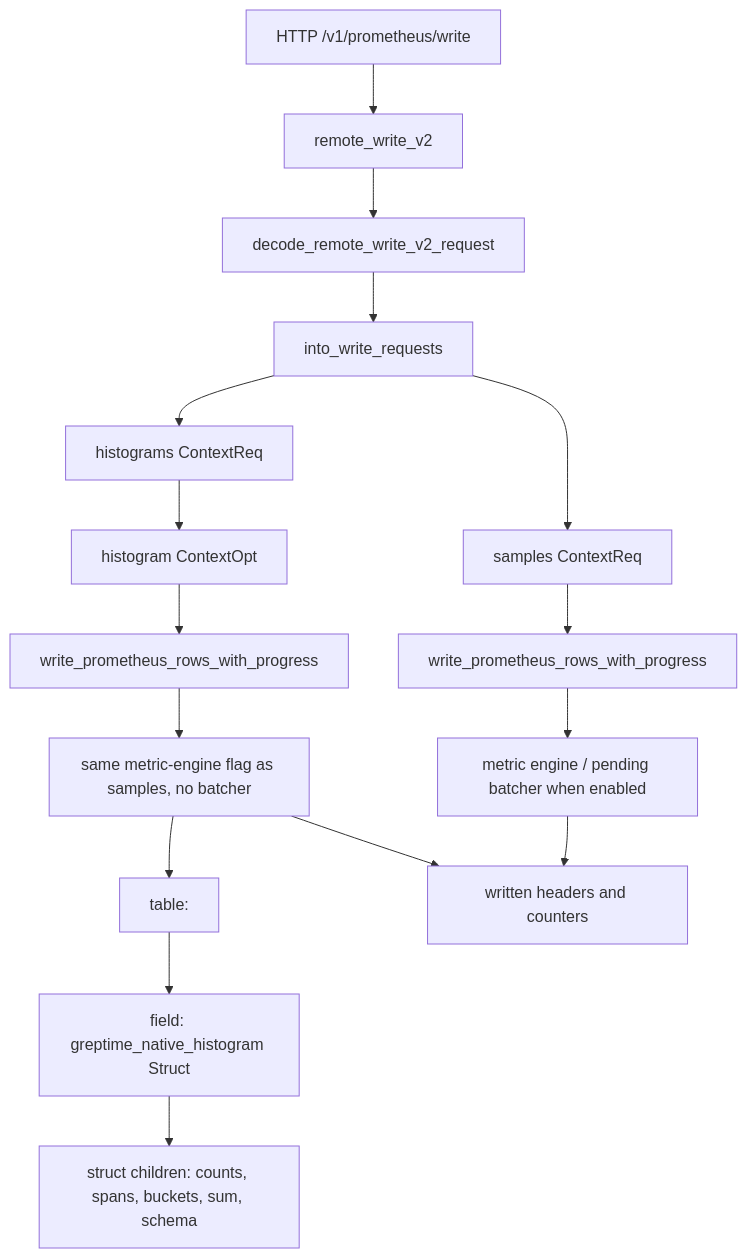
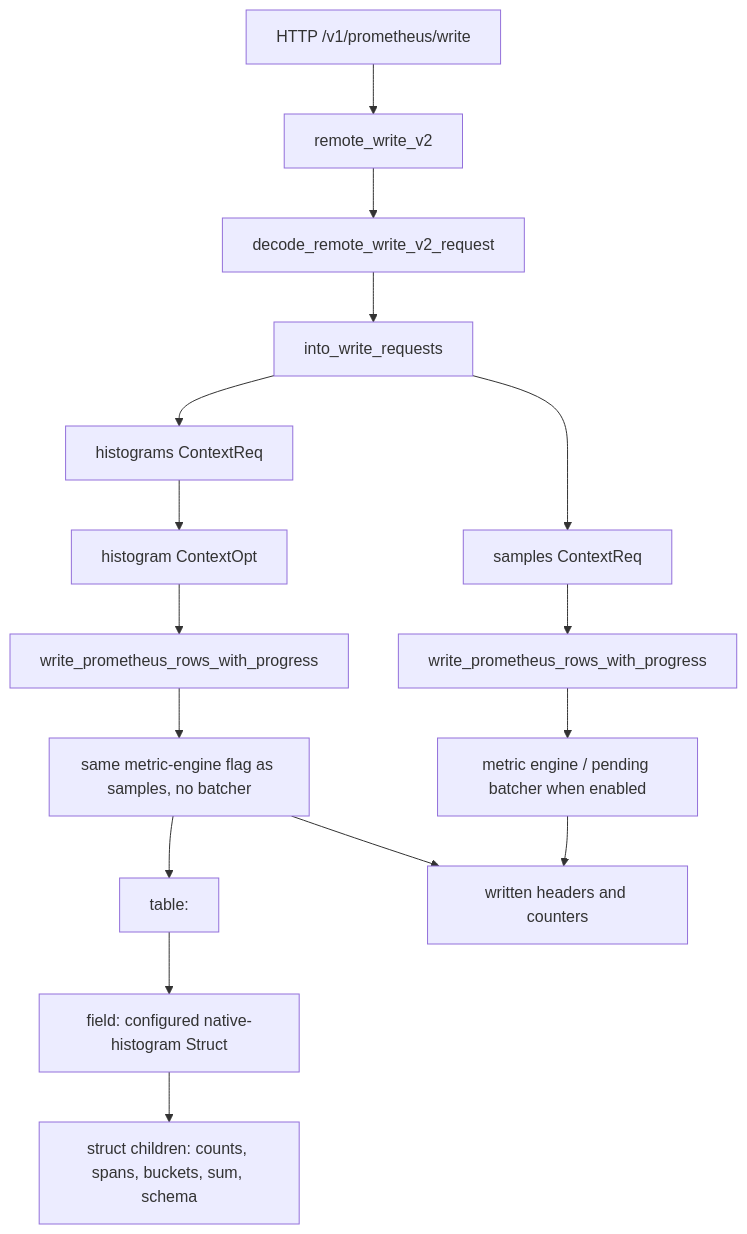
Before and after one commit to GreptimeTeam/greptimedb: the diagram in src/servers/src/prom_remote_write/README.md, drawn with Mermaid. The commit also changed other lines of this file and 15 other files, not shown here.

````diff
--- a/src/servers/src/prom_remote_write/README.md
+++ b/src/servers/src/prom_remote_write/README.md
@@ -11,22 +11,22 @@
 ```mermaid
 flowchart TD
     A["HTTP /v1/prometheus/write"] --> B["remote_write_v2"]
     B --> C["decode_remote_write_v2_request"]
     C --> D["into_write_requests"]
 
     D --> E["samples ContextReq"]
     D --> F["histograms ContextReq"]
 
     E --> G["write_prometheus_rows_with_progress"]
     G --> H["metric engine / pending batcher when enabled"]
 
     F --> I["histogram ContextOpt"]
     I --> J["write_prometheus_rows_with_progress"]
     J --> K["same metric-engine flag as samples, no batcher"]
     K --> L["table: <metric>"]
 
-    L --> M["field: greptime_native_histogram Struct"]
+    L --> M["field: configured native-histogram Struct"]
     M --> N["struct children: counts, spans, buckets, sum, schema"]
     H --> P["written headers and counters"]
     K --> P
 ```
````
